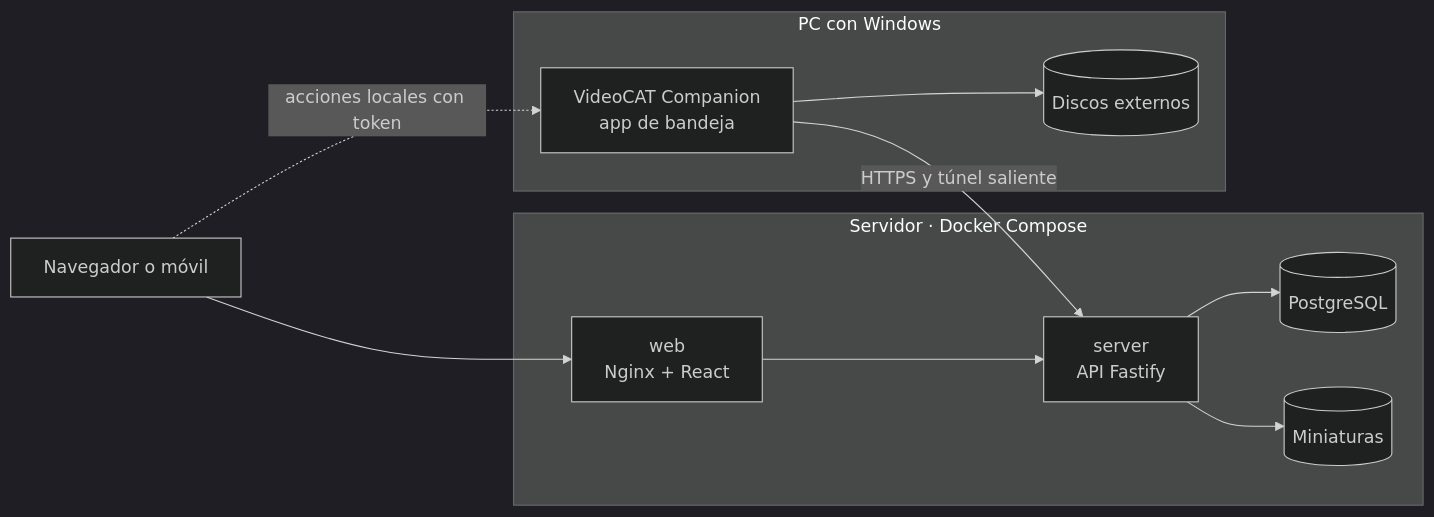
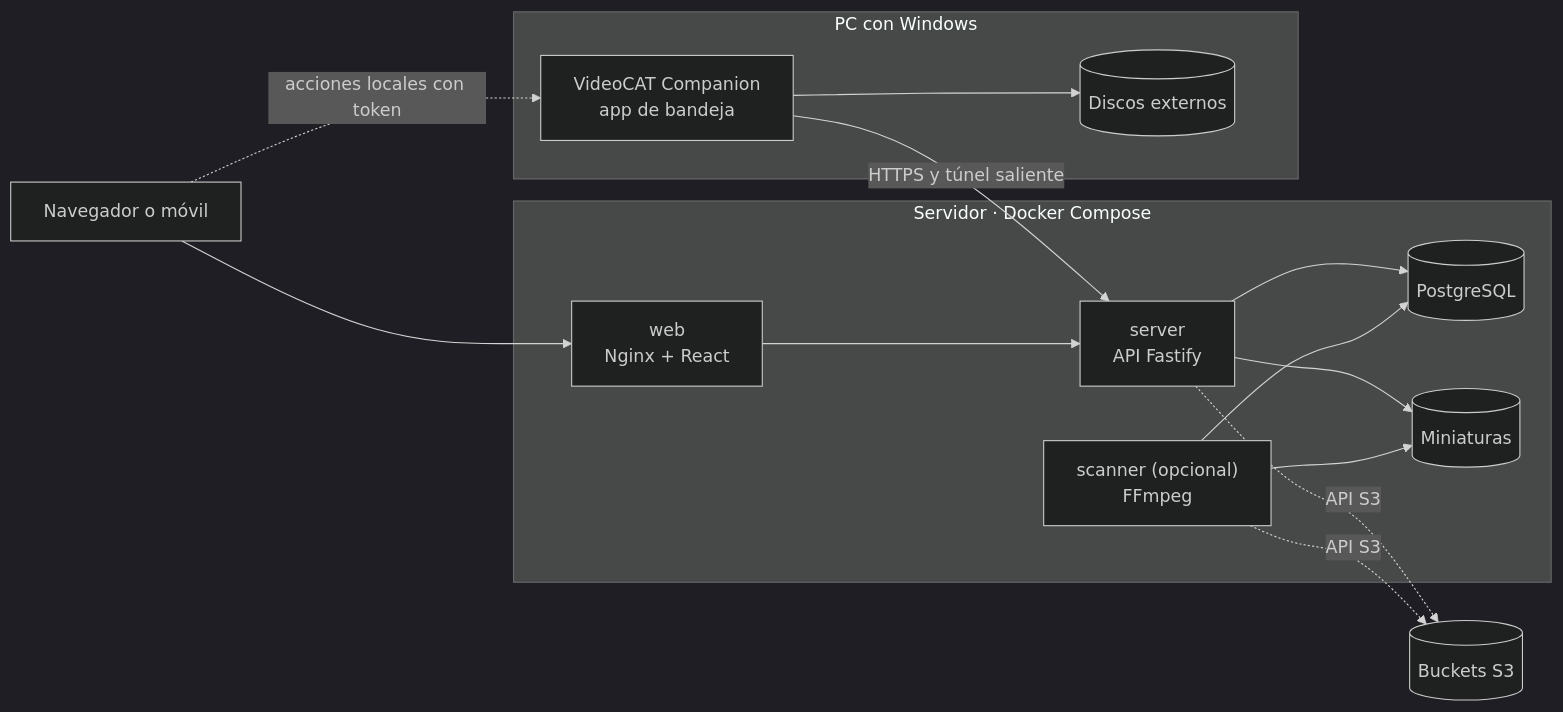
The diagram in README.es.md (reiterstahl/videocat), drawn with Mermaid (dark theme) before and after one commit. The commit also changed other lines of this file and 12 other files, not shown here.

````diff
--- a/README.es.md
+++ b/README.es.md
@@ -50,14 +50,18 @@
 ```mermaid
 flowchart LR
   browser["Navegador o móvil"] --> web
   subgraph server_host["Servidor · Docker Compose"]
     web["web<br/>Nginx + React"] --> api["server<br/>API Fastify"]
     api --> db[("PostgreSQL")]
     api --> thumbs[("Miniaturas")]
+    scanner["scanner (opcional)<br/>FFmpeg"] --> db
+    scanner --> thumbs
   end
+  api -. "API S3" .-> buckets[("Buckets S3")]
+  scanner -. "API S3" .-> buckets
   subgraph windows["PC con Windows"]
     companion["VideoCAT Companion<br/>app de bandeja"] --> disks[("Discos externos")]
   end
   companion -- "HTTPS y túnel saliente" --> api
   browser -. "acciones locales con token" .-> companion
 ```
````
